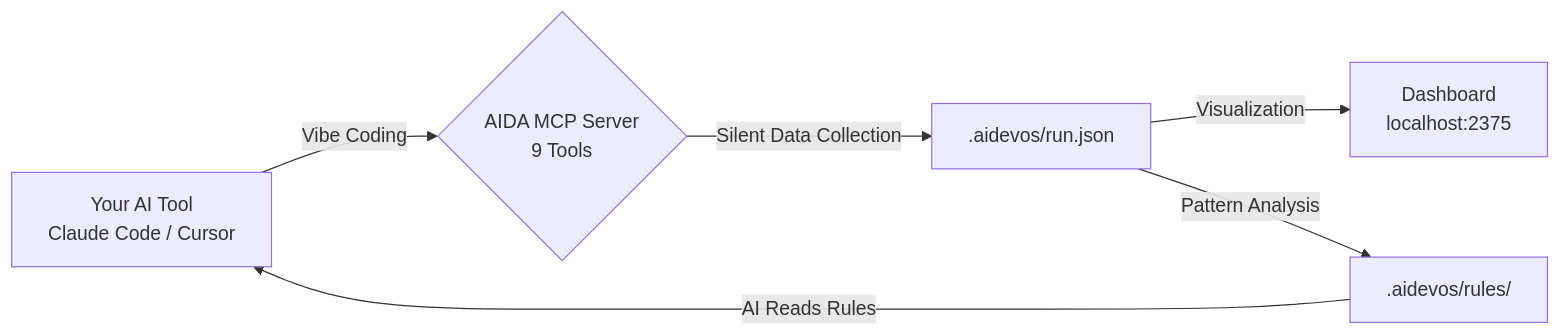
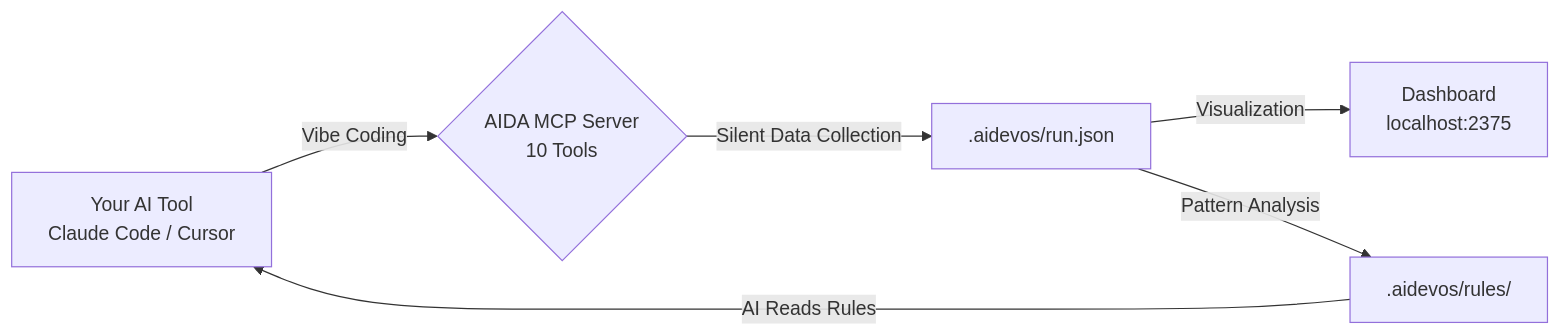
Before and after one commit to LWTlong/aida: the diagram in README.md, drawn with Mermaid. The commit also changed other lines of this file and 14 other files, not shown here.

First line of the commit message:
feat: add aida_log_rule MCP tool and guide system for closed-loop rule sedimentation

````diff
--- a/README.md
+++ b/README.md
@@ -234,8 +252,8 @@
 ```mermaid
 flowchart LR
-    A["Your AI Tool\nClaude Code / Cursor"] -->|Vibe Coding| B{"AIDA MCP Server\n9 Tools"}
+    A["Your AI Tool\nClaude Code / Cursor"] -->|Vibe Coding| B{"AIDA MCP Server\n10 Tools"}
     B -->|Silent Data Collection| C[".aidevos/run.json"]
     C -->|Visualization| D["Dashboard\nlocalhost:2375"]
     C -->|Pattern Analysis| E[".aidevos/rules/"]
     E -->|AI Reads Rules| A
 ```
````
